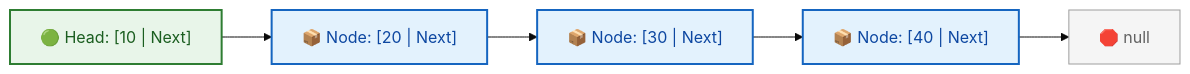
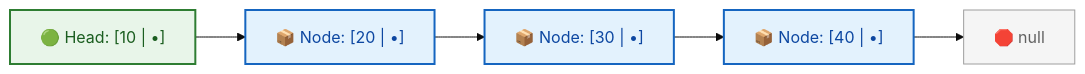
The diagram in week_02_foundations_ii_linear_data_structures/WEEK_02_FULL_PLAYBOOK.md (dip4k/DSA_102), drawn with Mermaid (base theme) before and after one commit. The commit also changed 191 other files, not shown here.

````diff
--- a/week_02_foundations_ii_linear_data_structures/WEEK_02_FULL_PLAYBOOK.md
+++ b/week_02_foundations_ii_linear_data_structures/WEEK_02_FULL_PLAYBOOK.md
@@ -635,14 +635,8 @@
 ```mermaid
 flowchart LR
     classDef headNode fill:#e8f5e9,stroke:#2e7d32,stroke-width:2px,color:#1b5e20
     classDef node fill:#e3f2fd,stroke:#1565c0,stroke-width:2px,color:#0d47a1
     classDef nullNode fill:#f5f5f5,stroke:#9e9e9e,stroke-width:1px,color:#616161
 
-    N1["🟢 Head: [10 | Next]"]:::headNode
-    N2["📦 Node: [20 | Next]"]:::node
-    N3["📦 Node: [30 | Next]"]:::node
-    N4["📦 Node: [40 | Next]"]:::node
-    N5["🛑 null"]:::nullNode
-
-    N1 --> N2 --> N3 --> N4 --> N5
+    N1["🟢 Head: [10 | •]"]:::headNode --> N2["📦 Node: [20 | •]"]:::node --> N3["📦 Node: [30 | •]"]:::node --> N4["📦 Node: [40 | •]"]:::node --> N5["🛑 null"]:::nullNode
 ```
````
